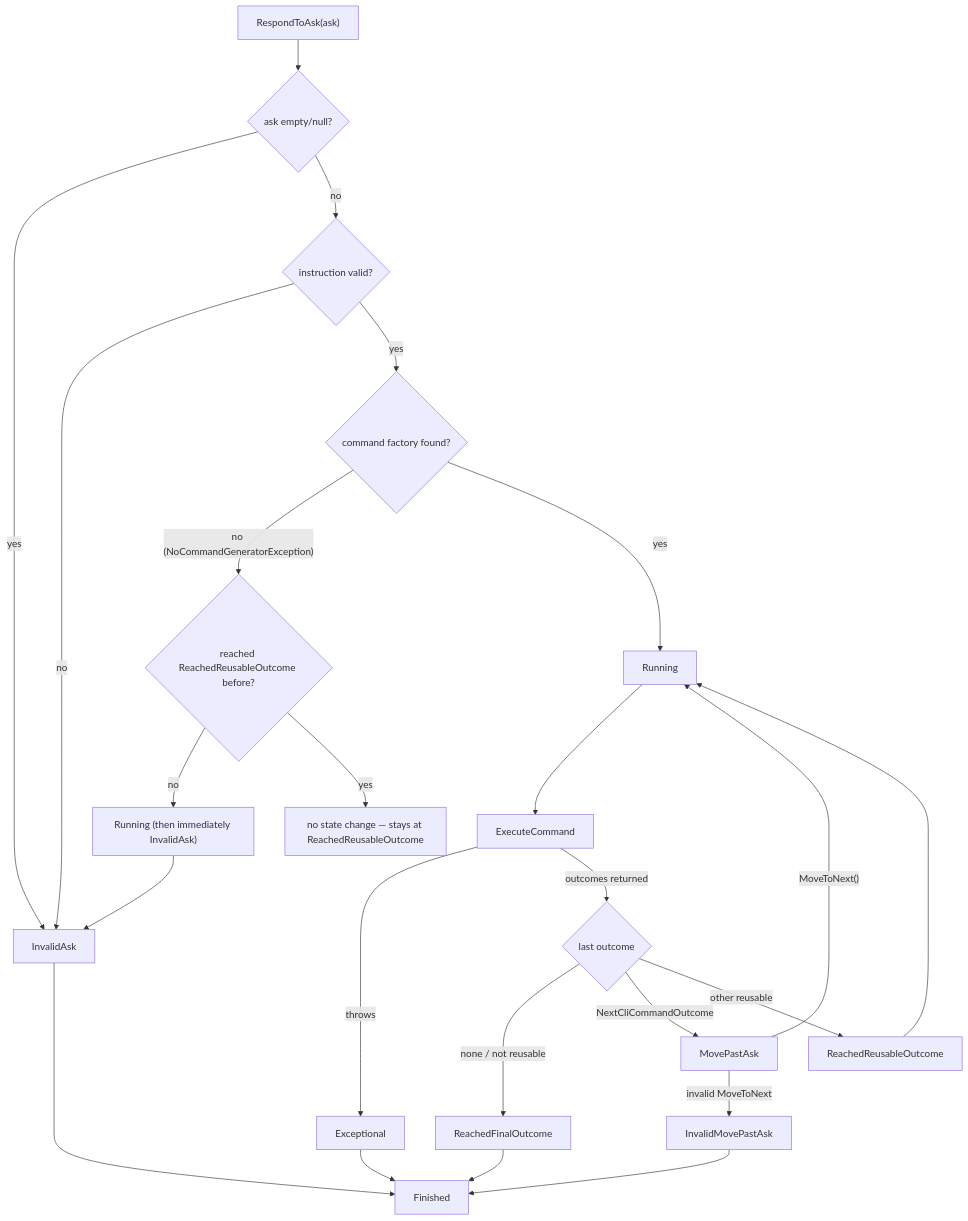
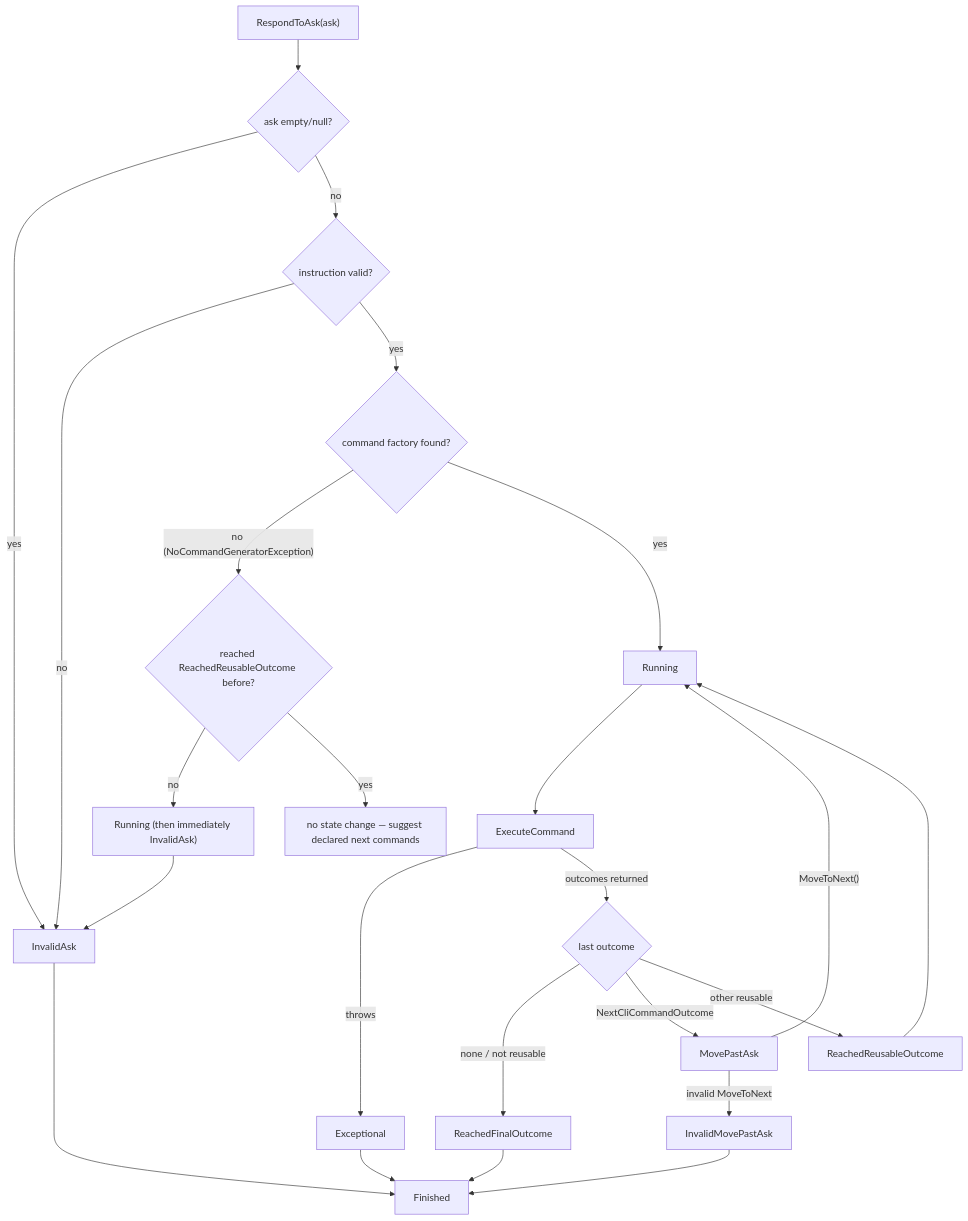
The diagram in docs/concepts/workflow-run-state-machine.md (KitCli/KitCli), drawn with Mermaid before and after one commit. The commit also changed other lines of this file and 25 other files, not shown here.

````diff
--- a/docs/concepts/workflow-run-state-machine.md
+++ b/docs/concepts/workflow-run-state-machine.md
@@ -117,19 +119,19 @@
 ```mermaid
 flowchart TD
     A["RespondToAsk(ask)"] --> B{ask empty/null?}
     B -- yes --> INV[InvalidAsk] --> FIN[Finished]
     B -- no --> C{instruction valid?}
     C -- no --> INV
     C -- yes --> E{command factory found?}
     E -- "no (NoCommandGeneratorException)" --> H{reached ReachedReusableOutcome before?}
     H -- no --> D2["Running (then immediately InvalidAsk)"] --> INV
-    H -- yes --> RRO2["no state change — stays at ReachedReusableOutcome"]
+    H -- yes --> RRO2["no state change — suggest declared next commands"]
     E -- yes --> D[Running] --> F[ExecuteCommand]
     F -- throws --> EXC[Exceptional] --> FIN
     F -- outcomes returned --> G{last outcome}
     G -- "none / not reusable" --> RFO[ReachedFinalOutcome] --> FIN
     G -- NextCliCommandOutcome --> MPA[MovePastAsk]
     G -- other reusable --> RRO[ReachedReusableOutcome] --> D
     MPA -- "MoveToNext()" --> D
     MPA -- invalid MoveToNext --> IMP[InvalidMovePastAsk] --> FIN
 ```
````
